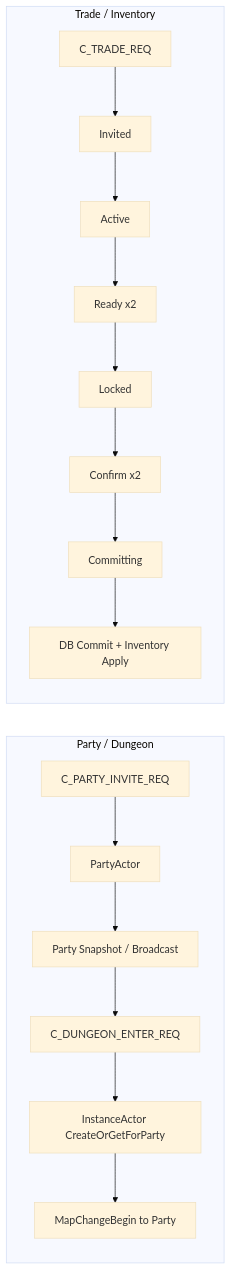
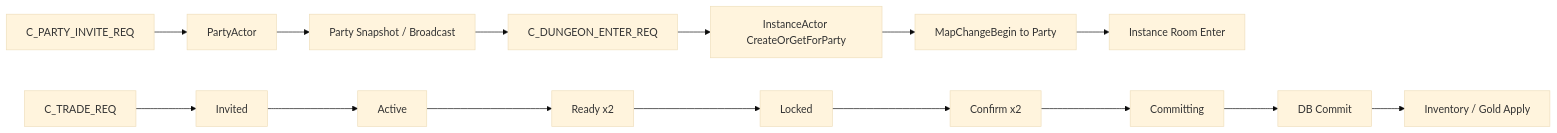
One commit to KwakKyungIn/portfolio-kwak changed the fifth of 7 diagrams in MmoProject/README.md. Above: the diagram before and after it, drawn with Mermaid (base theme). The commit also changed other lines of this file and 1 other file, not shown here.

````diff
--- a/MmoProject/README.md
+++ b/MmoProject/README.md
@@ -143,20 +143,18 @@
 ```mermaid
 flowchart LR
-    subgraph PartyDungeon["Party / Dungeon"]
-        A[C_PARTY_INVITE_REQ] --> B[PartyActor]
-        B --> C[Party Snapshot / Broadcast]
-        C --> D[C_DUNGEON_ENTER_REQ]
-        D --> E[InstanceActor CreateOrGetForParty]
-        E --> F[MapChangeBegin to Party]
-    end
+    A[C_PARTY_INVITE_REQ] --> B[PartyActor]
+    B --> C[Party Snapshot / Broadcast]
+    C --> D[C_DUNGEON_ENTER_REQ]
+    D --> E[InstanceActor CreateOrGetForParty]
+    E --> F[MapChangeBegin to Party]
+    F --> G[Instance Room Enter]
 
-    subgraph TradeFlow["Trade / Inventory"]
-        G[C_TRADE_REQ] --> H[Invited]
-        H --> I[Active]
-        I --> J[Ready x2]
-        J --> K[Locked]
-        K --> L[Confirm x2]
-        L --> M[Committing]
-        M --> N[DB Commit + Inventory Apply]
-    end
+    H[C_TRADE_REQ] --> I[Invited]
+    I --> J[Active]
+    J --> K[Ready x2]
+    K --> L[Locked]
+    L --> M[Confirm x2]
+    M --> N[Committing]
+    N --> O[DB Commit]
+    O --> P[Inventory / Gold Apply]
 ```
````
